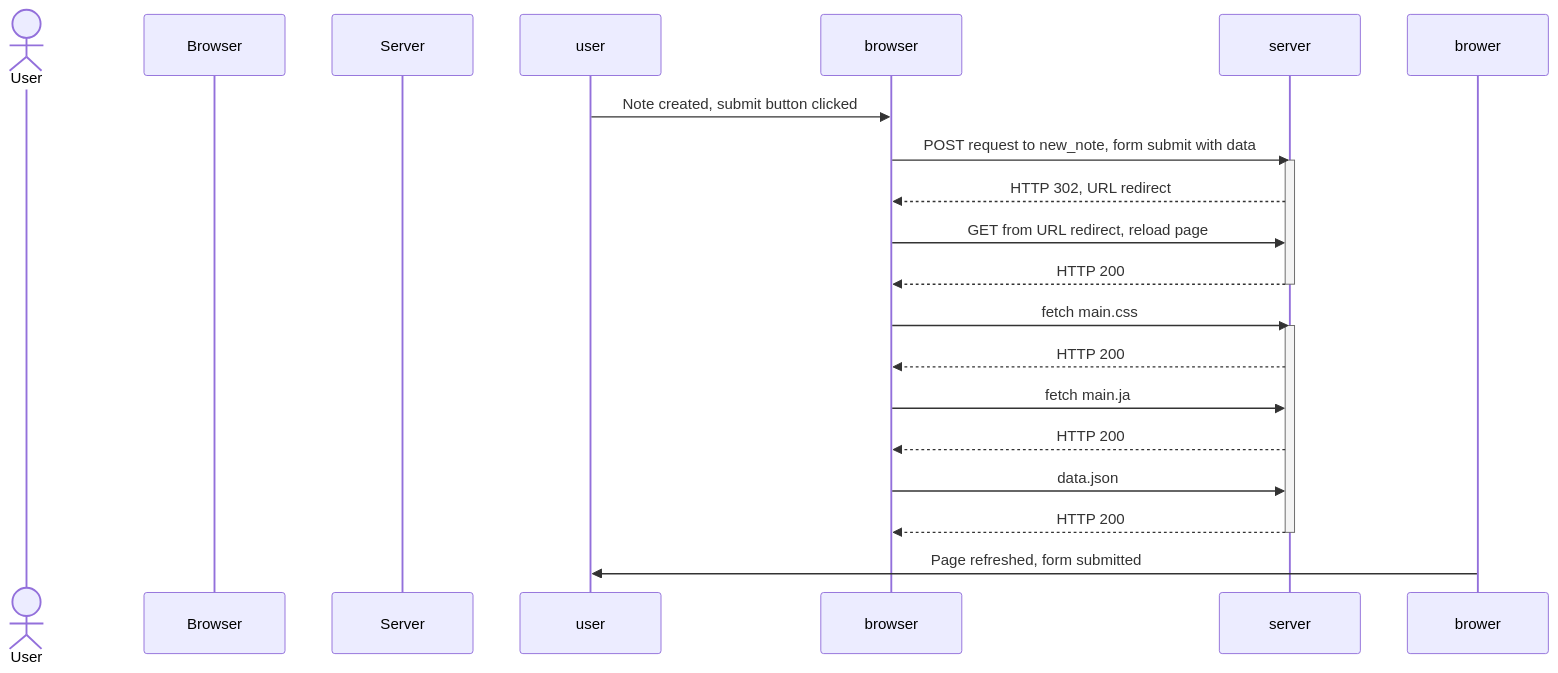
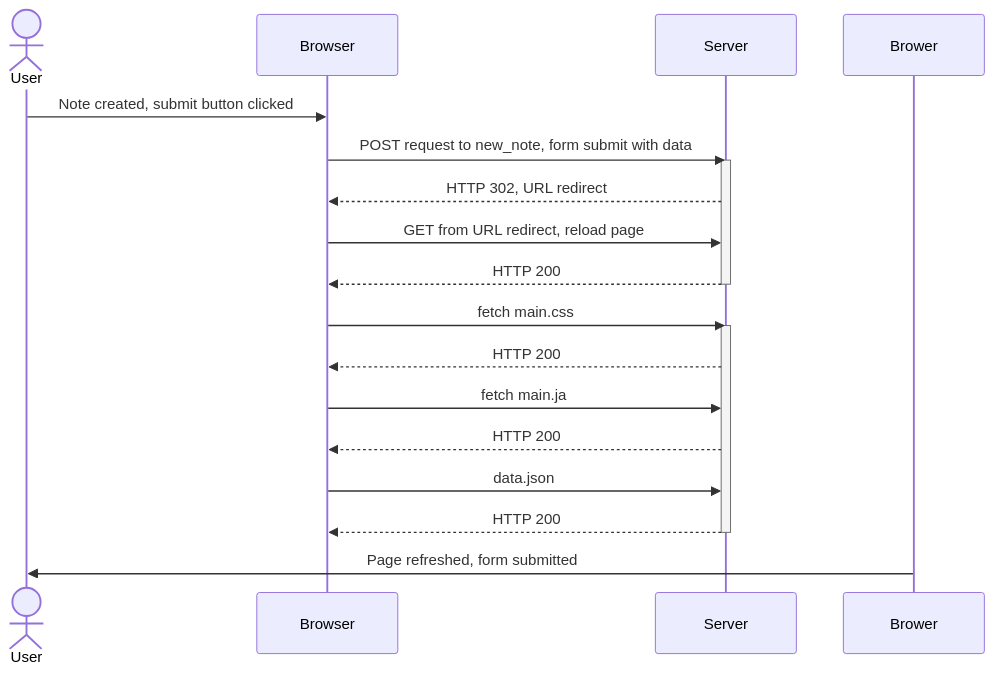
One commit to HDBarton/FullStackOpen changed the diagram in part0/4.NewNoteDiagram.md. Above: the diagram before and after it, drawn with Mermaid.

Commit message:
Fix capitalization error

````diff
--- a/part0/4.NewNoteDiagram.md
+++ b/part0/4.NewNoteDiagram.md
@@ -1,26 +1,26 @@
 ```mermaid
 
 sequenceDiagram
 actor User
 participant Browser
 participant Server
 
-user->>browser: Note created, submit button clicked
-browser->>server: POST request to new_note, form submit with data
-activate server
-server-->>browser: HTTP 302, URL redirect
-browser->>server: GET from URL redirect, reload page
-server-->>browser: HTTP 200
-deactivate server
+User->>Browser: Note created, submit button clicked
+Browser->>Server: POST request to new_note, form submit with data
+activate Server
+Server-->>Browser: HTTP 302, URL redirect
+Browser->>Server: GET from URL redirect, reload page
+Server-->>Browser: HTTP 200
+deactivate Server
 
-browser->>server: fetch main.css
-activate server
-server-->>browser: HTTP 200
-browser->>server: fetch main.ja
-server-->>browser: HTTP 200
-browser->>server: data.json
-server-->>browser: HTTP 200
-deactivate server
+Browser->>Server: fetch main.css
+activate Server
+Server-->>Browser: HTTP 200
+Browser->>Server: fetch main.ja
+Server-->>Browser: HTTP 200
+Browser->>Server: data.json
+Server-->>Browser: HTTP 200
+deactivate Server
 
-brower->>user: Page refreshed, form submitted
+Brower->>User: Page refreshed, form submitted
 ```
````
